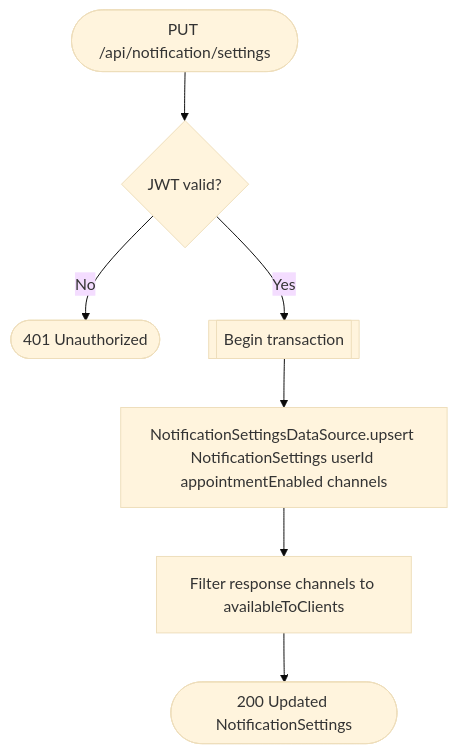
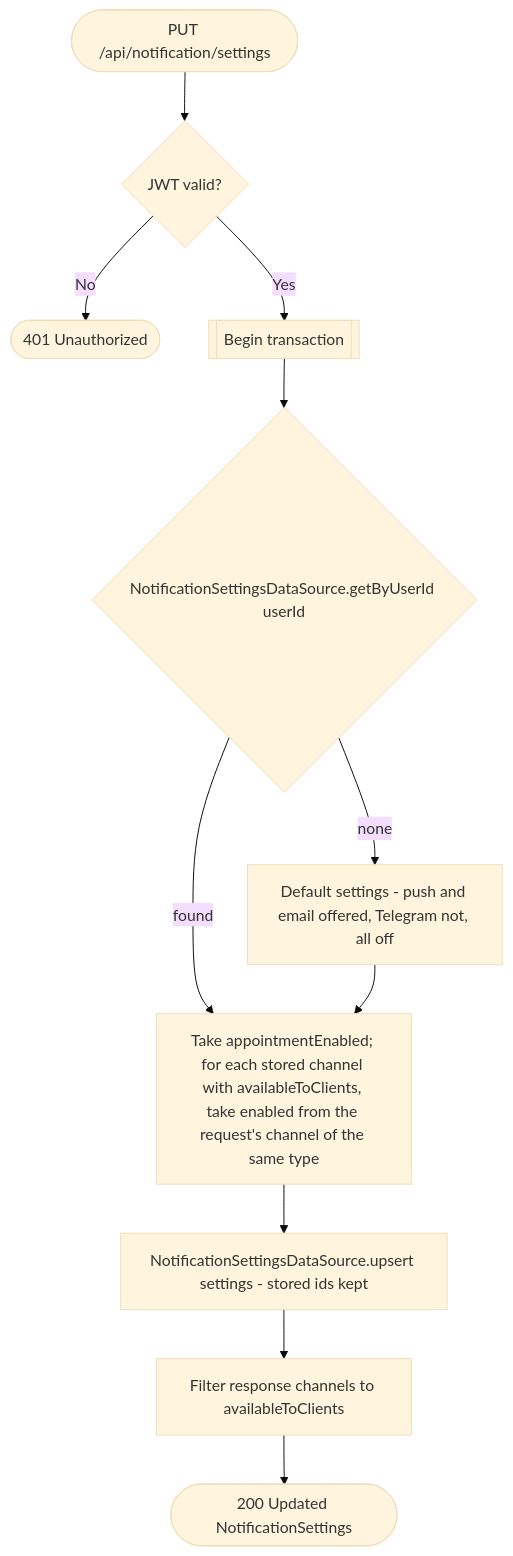
Before and after one commit to nocturneproperties/bookkme: the diagram in docs/operations/notifications/update-notification-settings.md, drawn with Mermaid (base theme). The commit also changed other lines of this file and 40 other files, not shown here.

````diff
--- a/docs/operations/notifications/update-notification-settings.md
+++ b/docs/operations/notifications/update-notification-settings.md
@@ -10,9 +18,13 @@
 ```mermaid
 flowchart TD
     Start([PUT /api/notification/settings]) --> Auth{JWT valid?}
     Auth -- No --> R401([401 Unauthorized])
     Auth -- Yes --> Tx[[Begin transaction]]
-    Tx --> Upsert[NotificationSettingsDataSource.upsert NotificationSettings userId appointmentEnabled channels]
+    Tx --> Get{NotificationSettingsDataSource.getByUserId userId}
+    Get -- none --> Default[Default settings - push and email offered, Telegram not, all off]
+    Get -- found --> Merge
+    Default --> Merge[Take appointmentEnabled; for each stored channel with availableToClients, take enabled from the request's channel of the same type]
+    Merge --> Upsert[NotificationSettingsDataSource.upsert settings - stored ids kept]
     Upsert --> Filter[Filter response channels to availableToClients]
     Filter --> R200([200 Updated NotificationSettings])
 ```
````
